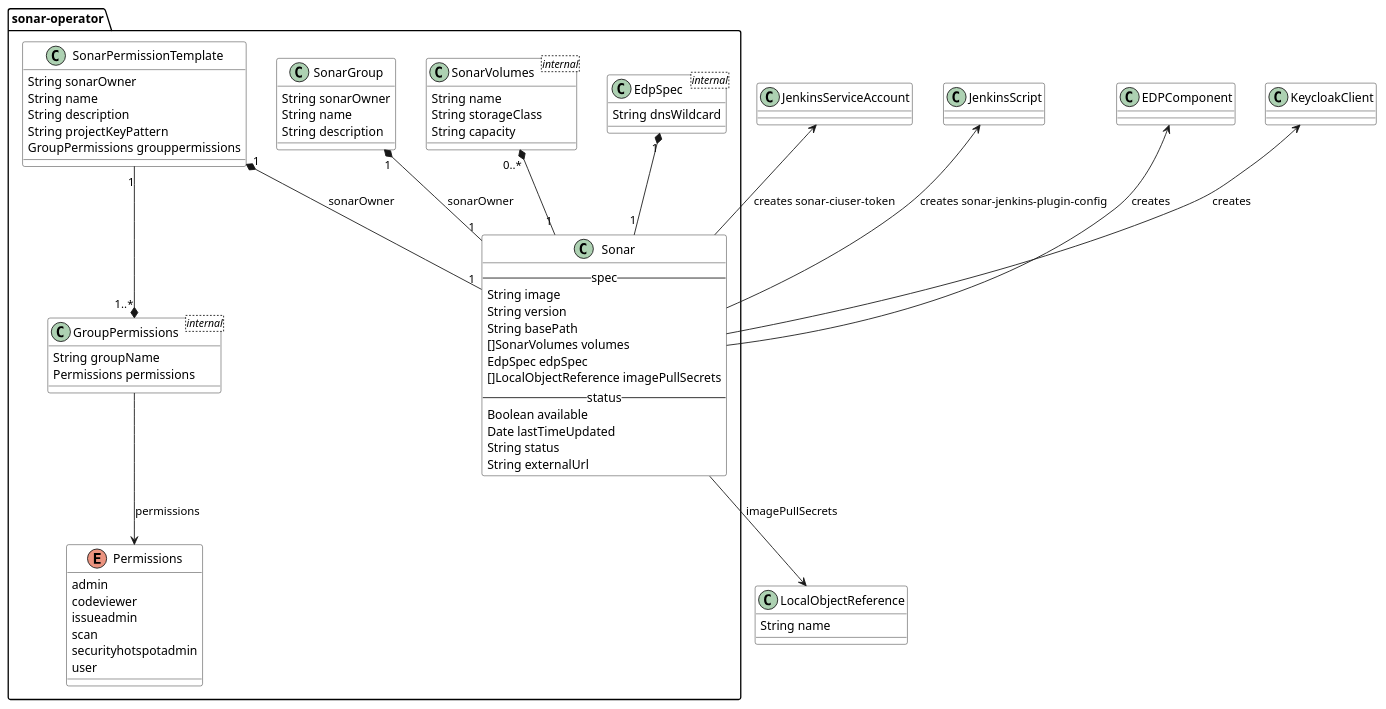
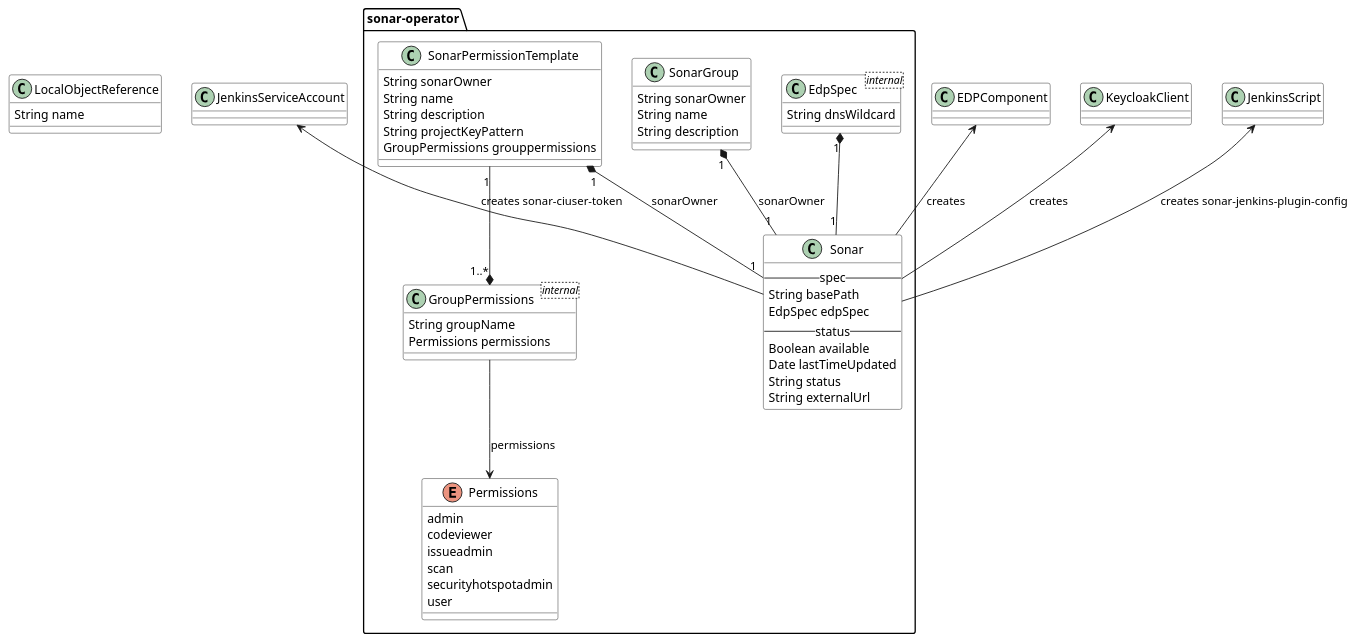
Before and after one commit to epam/edp-sonar-operator: the diagram in docs/puml/arch.puml, drawn with PlantUML. The commit also changed 6 other files, not shown here.

```diff
--- a/docs/puml/arch.puml
+++ b/docs/puml/arch.puml
@@ -1,79 +1,67 @@
 @startuml
 
 skinparam class {
     BackgroundColor #white
 	BackgroundColor<<wip>> LightGoldenRodYellow
 	BackgroundColor<<tbd>> Khaki
 }
 
 package sonar-operator {
     class Sonar {
         -- spec --
-        String image
-        String version
         String basePath
-        []SonarVolumes volumes
         EdpSpec edpSpec
-        []LocalObjectReference imagePullSecrets
         -- status --
         Boolean available
         Date lastTimeUpdated
         String status
         String externalUrl
     }
 
     EdpSpec "1" *-- "1" Sonar
     class EdpSpec <internal> {
         String dnsWildcard
-    }
-
-    SonarVolumes "0..*" *-- "1" Sonar
-    class SonarVolumes <internal> {
-        String name
-        String storageClass
-        String capacity
     }
 
     SonarGroup "1" *-- "1" Sonar: sonarOwner
     class SonarGroup {
         String sonarOwner
         String name
         String description
     }
 
     SonarPermissionTemplate "1" *-- "1" Sonar: sonarOwner
     class SonarPermissionTemplate {
         String sonarOwner
         String name
         String description
         String projectKeyPattern
         GroupPermissions grouppermissions
     }
 
     SonarPermissionTemplate "1" --* "1..*" GroupPermissions
     class GroupPermissions <internal> {
         String groupName
         Permissions permissions
     }
 
     GroupPermissions -d-> Permissions : permissions
     enum Permissions {
         admin
         codeviewer
         issueadmin
         scan
         securityhotspotadmin
         user
     }
 }
 
 class LocalObjectReference {
     String name
 }
-Sonar -d-> LocalObjectReference : imagePullSecrets
 JenkinsServiceAccount <-d- Sonar : creates sonar-ciuser-token
 JenkinsScript <-d- Sonar : creates sonar-jenkins-plugin-config
 EDPComponent <-d- Sonar : creates
 KeycloakClient <-d- Sonar : creates
 
 @enduml
```
